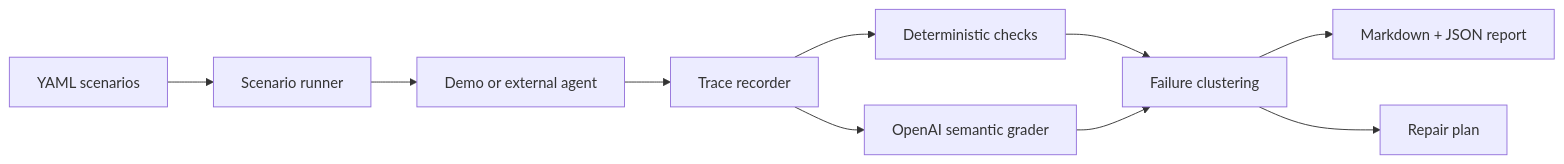
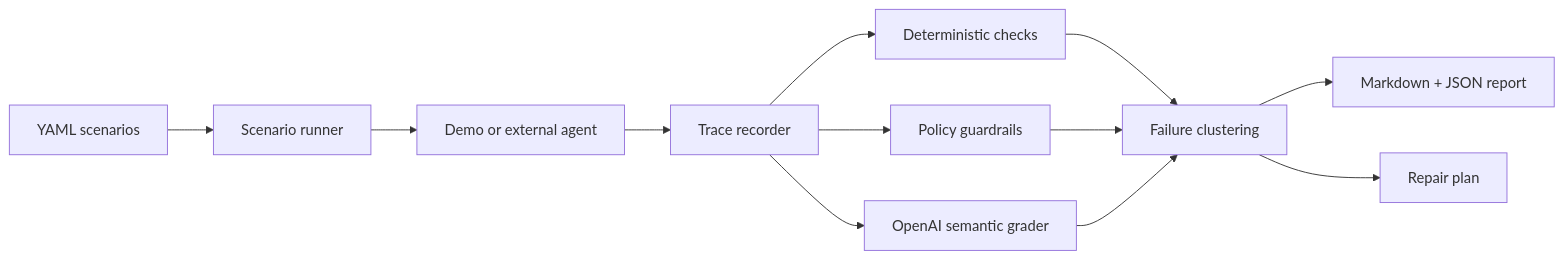
Before and after one commit to agent-axiom/agent-anvil: the diagram in README.md, drawn with Mermaid. The commit also changed other lines of this file and 12 other files, not shown here.

````diff
--- a/README.md
+++ b/README.md
@@ -76,12 +76,14 @@
 ```mermaid
 flowchart LR
     A["YAML scenarios"] --> B["Scenario runner"]
     B --> C["Demo or external agent"]
     C --> D["Trace recorder"]
     D --> E["Deterministic checks"]
+    D --> P["Policy guardrails"]
     D --> F["OpenAI semantic grader"]
     E --> G["Failure clustering"]
+    P --> G
     F --> G
     G --> H["Markdown + JSON report"]
     G --> I["Repair plan"]
 ```
````
